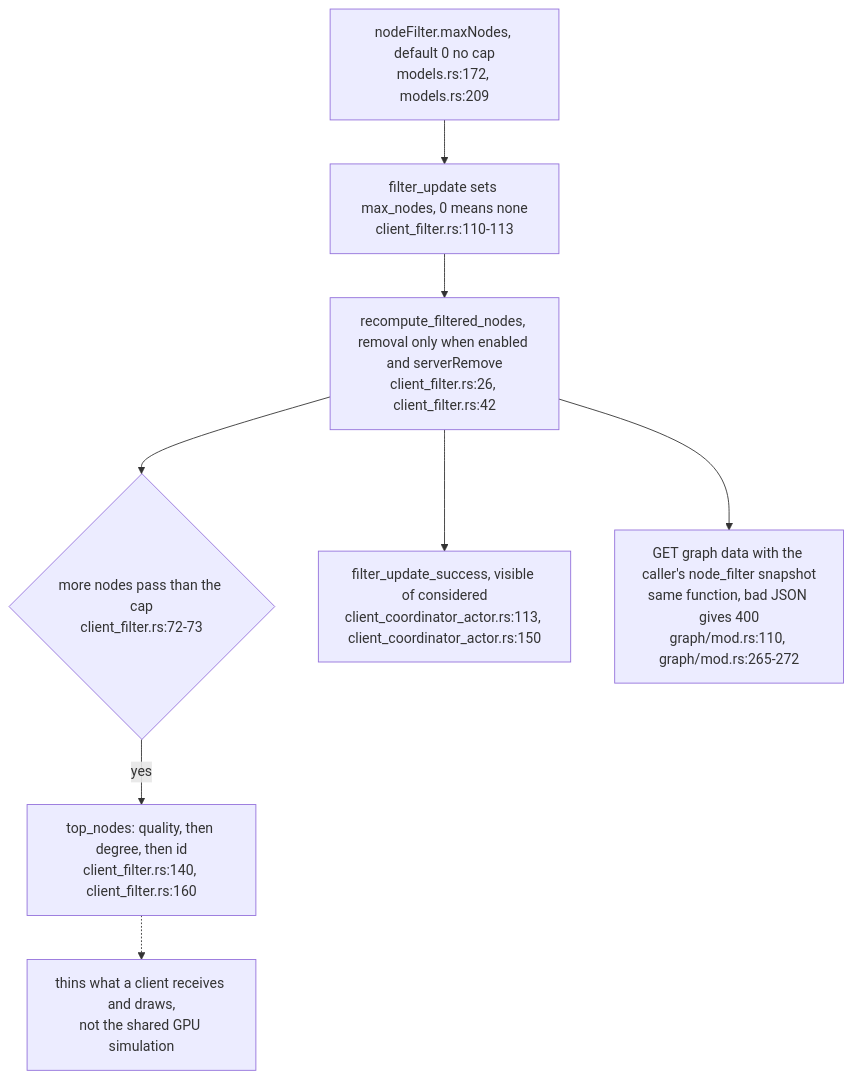
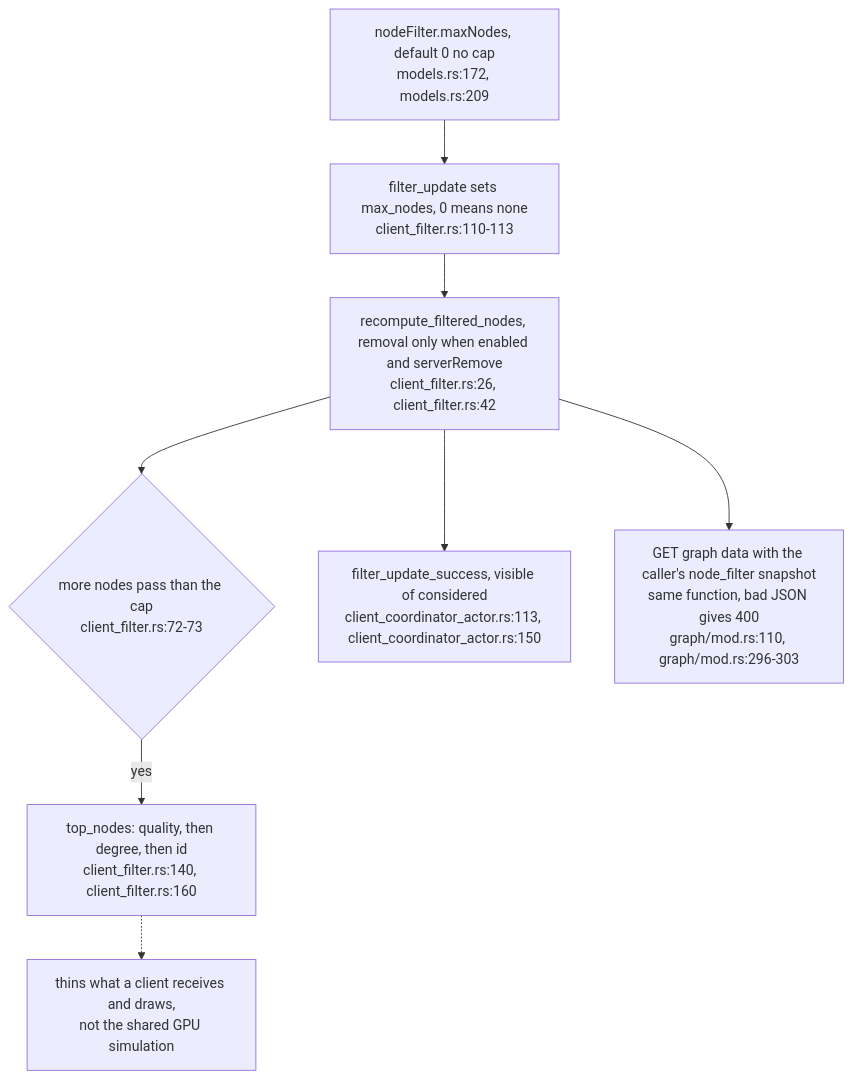
One commit to DreamLab-AI/VisionFlow changed the third of 3 diagrams in docs/diagrams/visionclaw/61-reasoner-and-node-thinning-switches.md. Above: the diagram before and after it, drawn with Mermaid. The commit also changed other lines of this file and 2 other files, not shown here.

First line of the commit message:
diagrams(visionclaw): re-verify VC-59, VC-60, VC-61 at visionclaw 4900ec60b

````diff
--- a/docs/diagrams/visionclaw/61-reasoner-and-node-thinning-switches.md
+++ b/docs/diagrams/visionclaw/61-reasoner-and-node-thinning-switches.md
@@ -74,10 +76,10 @@
 ```mermaid
 flowchart TB
     NF["nodeFilter.maxNodes, default 0 no cap<br/>models.rs:172, models.rs:209"] --> CF["filter_update sets max_nodes, 0 means none<br/>client_filter.rs:110-113"]
     CF --> REC["recompute_filtered_nodes, removal only when enabled and serverRemove<br/>client_filter.rs:26, client_filter.rs:42"]
     REC --> CAP{"more nodes pass than the cap<br/>client_filter.rs:72-73"}
     CAP -->|"yes"| TOP["top_nodes: quality, then degree, then id<br/>client_filter.rs:140, client_filter.rs:160"]
     REC --> COUNT["filter_update_success, visible of considered<br/>client_coordinator_actor.rs:113, client_coordinator_actor.rs:150"]
-    REC --> REST["GET graph data with the caller's node_filter snapshot<br/>same function, bad JSON gives 400<br/>graph/mod.rs:110, graph/mod.rs:265-272"]
+    REC --> REST["GET graph data with the caller's node_filter snapshot<br/>same function, bad JSON gives 400<br/>graph/mod.rs:110, graph/mod.rs:296-303"]
     TOP -.-> SCOPE["thins what a client receives and draws,<br/>not the shared GPU simulation"]
 ```
````
